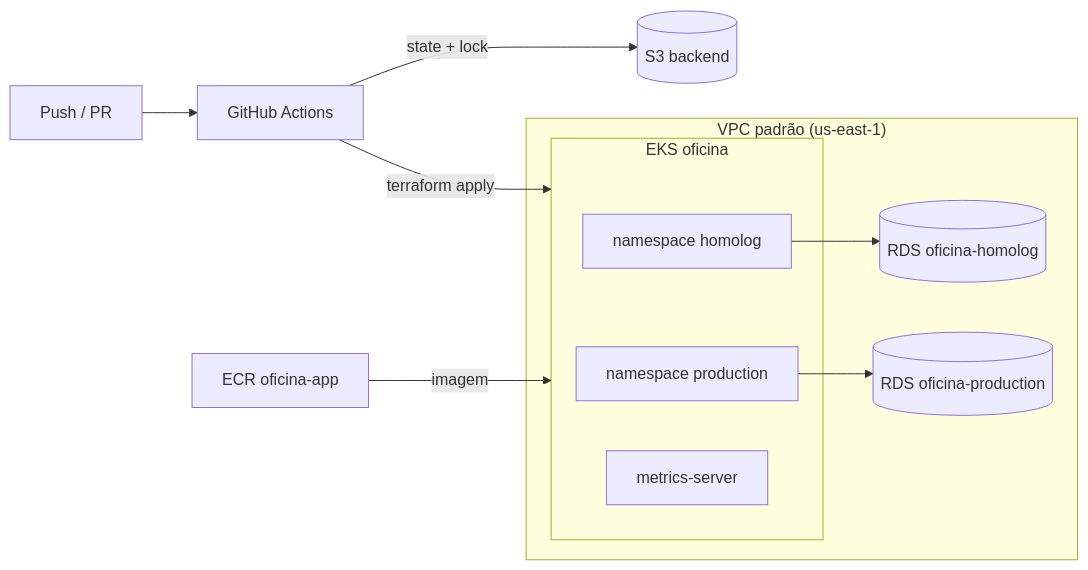
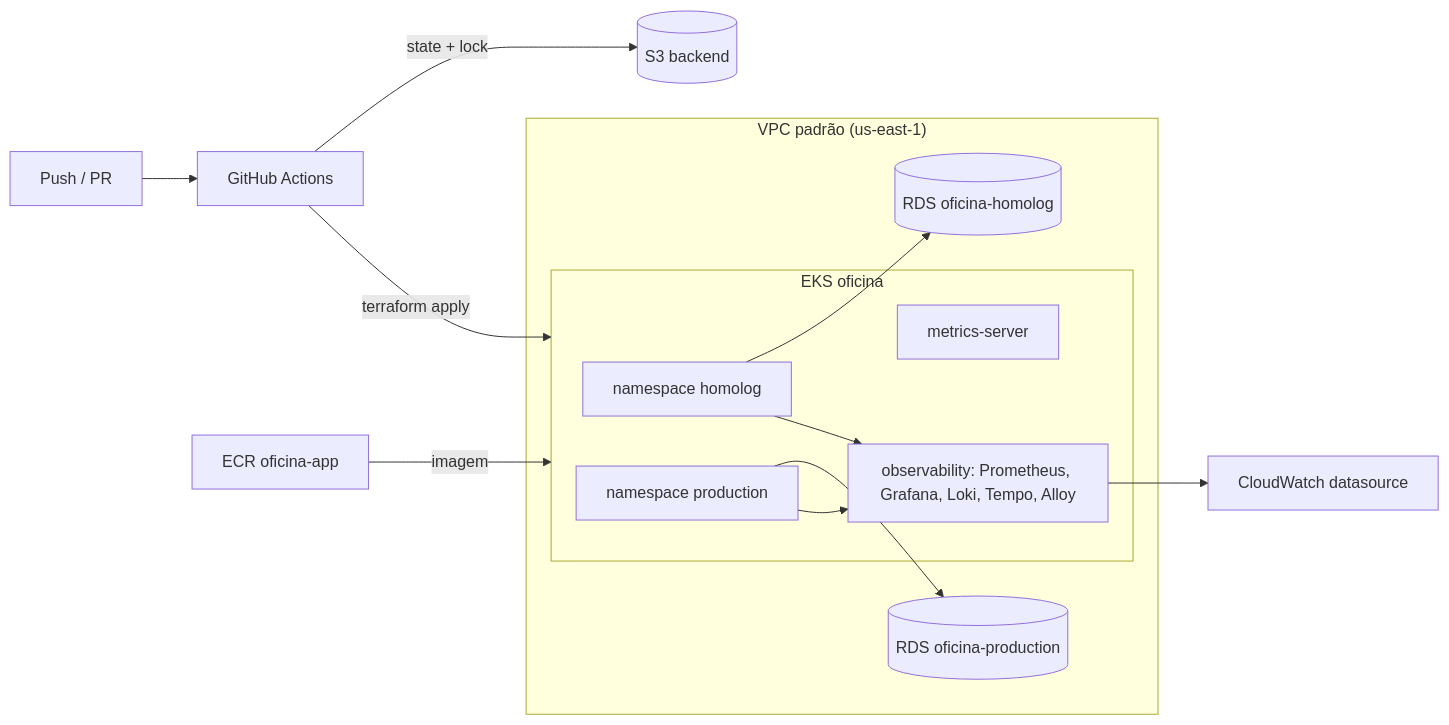
Before and after one commit to 15SOAT-JVGG/oficina-infra-k8s: the diagram in README.md, drawn with Mermaid. The commit also changed other lines of this file and 6 other files, not shown here.

````diff
--- a/README.md
+++ b/README.md
@@ -50,18 +64,22 @@
 ```mermaid
 flowchart LR
     DEV["Push / PR"] --> GH["GitHub Actions"]
     GH -->|terraform apply| EKS
     GH -->|state + lock| S3[("S3 backend")]
     subgraph VPC["VPC padrão (us-east-1)"]
         subgraph EKS["EKS oficina"]
             NSH["namespace homolog"]
             NSP["namespace production"]
             MS["metrics-server"]
+            OBS["observability: Prometheus, Grafana, Loki, Tempo, Alloy"]
         end
         RDSH[("RDS oficina-homolog")]
         RDSP[("RDS oficina-production")]
     end
     NSH --> RDSH
     NSP --> RDSP
+    NSH --> OBS
+    NSP --> OBS
+    OBS --> CW["CloudWatch datasource"]
     ECR["ECR oficina-app"] -->|imagem| EKS
 ```
````
